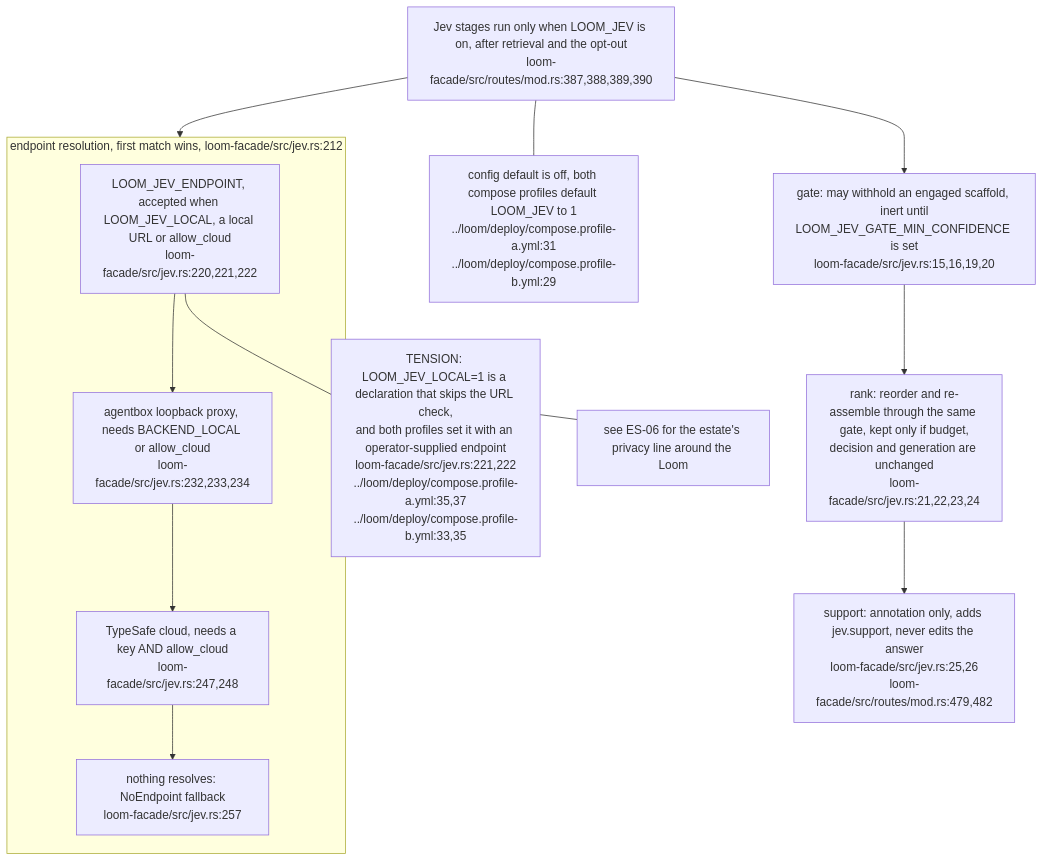
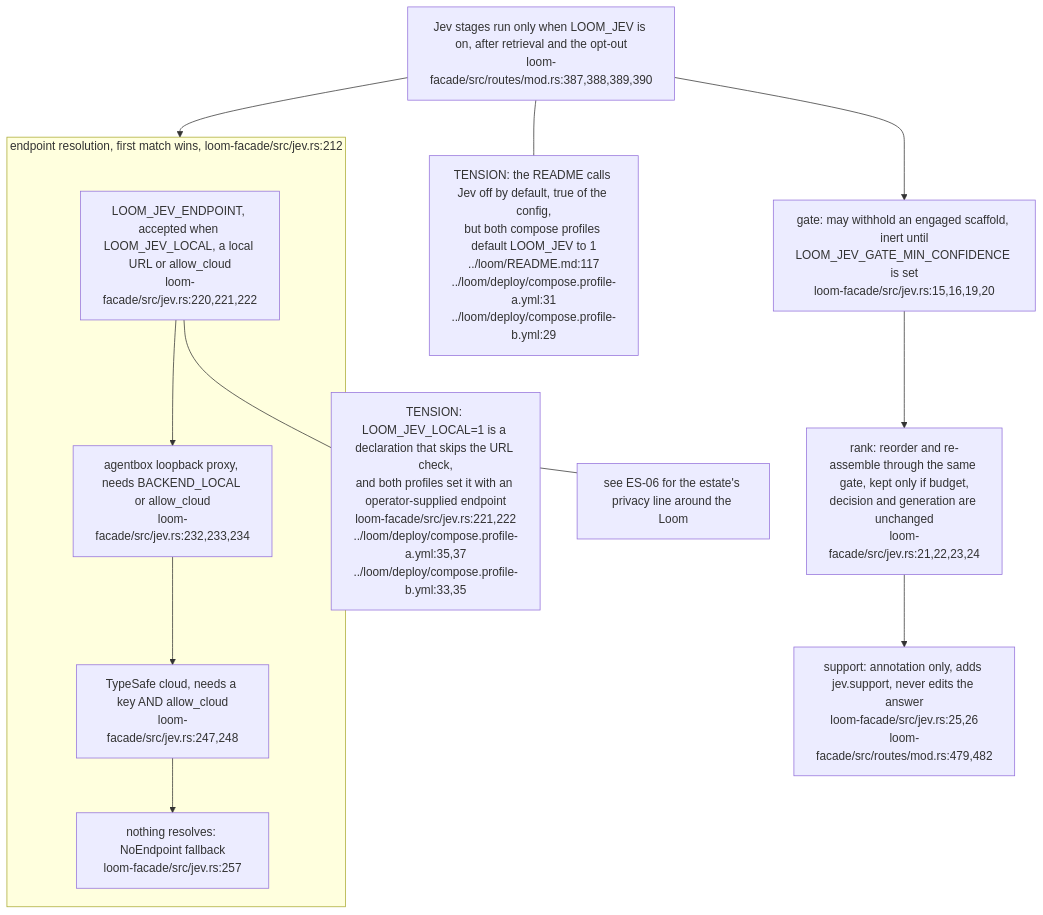
One commit to DreamLab-AI/VisionFlow changed the third of 4 diagrams in docs/diagrams/loom/04-chat-completions-serving-modes-and-jev.md. Above: the diagram before and after it, drawn with Mermaid. The commit also changed other lines of this file and 2 other files, not shown here.

Commit message:
diagrams(loom): correct LM-05.2 promotion branches, add the config surface
- LM-05.2: a same-id copy that no longer verifies is reinstalled without
  the ancestry check, and --allow-rollback installs directly; the diagram
  had routed both through is_older (promote.rs:163-193).
- LM-05.3: add the missing exit when the restart command fails.
- LM-02.7: new diagram of the whole Config env surface, the reads that
  live outside it, and the Python-parity defaults for max_seeds and prose.
- LM-04: mark that non-streaming passthrough still passes through the
  adapter's stream strip and token floor, and that the README's "off by
  default" Jev contrasts with both compose profiles defaulting it on.

Scoped gate: 1018 citations verified, 35 of 35 diagrams rendered.

````diff
--- a/docs/diagrams/loom/04-chat-completions-serving-modes-and-jev.md
+++ b/docs/diagrams/loom/04-chat-completions-serving-modes-and-jev.md
@@ -92,22 +94,22 @@
 ```mermaid
 flowchart TB
     ON["Jev stages run only when LOOM_JEV is on, after retrieval and the opt-out<br/>loom-facade/src/routes/mod.rs:387,388,389,390"]
     GATE["gate: may withhold an engaged scaffold, inert until<br/>LOOM_JEV_GATE_MIN_CONFIDENCE is set<br/>loom-facade/src/jev.rs:15,16,19,20"]
     RANK["rank: reorder and re-assemble through the same gate, kept only if budget,<br/>decision and generation are unchanged<br/>loom-facade/src/jev.rs:21,22,23,24"]
     SUP["support: annotation only, adds jev.support, never edits the answer<br/>loom-facade/src/jev.rs:25,26<br/>loom-facade/src/routes/mod.rs:479,482"]
     ON --> GATE --> RANK --> SUP
     subgraph RES["endpoint resolution, first match wins, loom-facade/src/jev.rs:212"]
         R1["LOOM_JEV_ENDPOINT, accepted when LOOM_JEV_LOCAL, a local URL or allow_cloud<br/>loom-facade/src/jev.rs:220,221,222"]
         R2["agentbox loopback proxy, needs BACKEND_LOCAL or allow_cloud<br/>loom-facade/src/jev.rs:232,233,234"]
         R3["TypeSafe cloud, needs a key AND allow_cloud<br/>loom-facade/src/jev.rs:247,248"]
         R4["nothing resolves: NoEndpoint fallback<br/>loom-facade/src/jev.rs:257"]
         R1 --> R2 --> R3 --> R4
     end
     ON --> RES
     TENS["TENSION: LOOM_JEV_LOCAL=1 is a declaration that skips the URL check,<br/>and both profiles set it with an operator-supplied endpoint<br/>loom-facade/src/jev.rs:221,222<br/>../loom/deploy/compose.profile-a.yml:35,37<br/>../loom/deploy/compose.profile-b.yml:33,35"]
     R1 --- TENS
-    DEF["config default is off, both compose profiles default LOOM_JEV to 1<br/>../loom/deploy/compose.profile-a.yml:31<br/>../loom/deploy/compose.profile-b.yml:29"]
+    DEF["TENSION: the README calls Jev off by default, true of the config,<br/>but both compose profiles default LOOM_JEV to 1<br/>../loom/README.md:117<br/>../loom/deploy/compose.profile-a.yml:31<br/>../loom/deploy/compose.profile-b.yml:29"]
     ON --- DEF
     SEE["see ES-06 for the estate's privacy line around the Loom"]
     RES --- SEE
 ```
````
